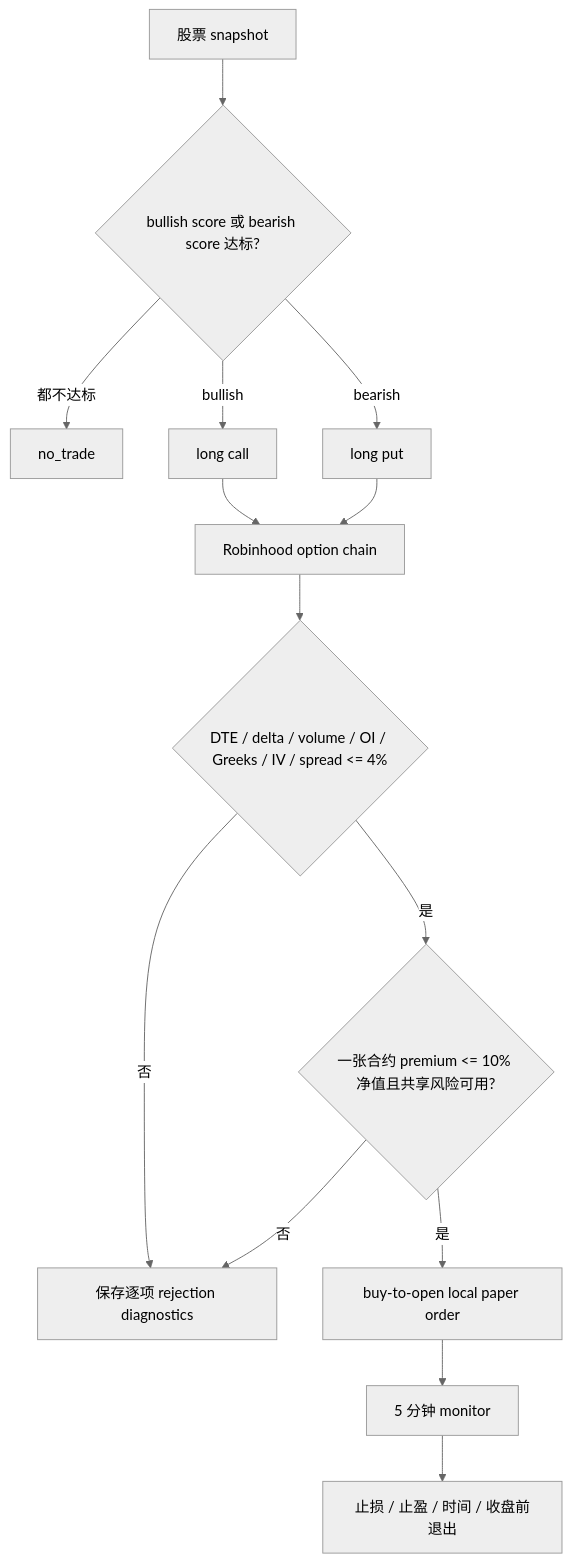
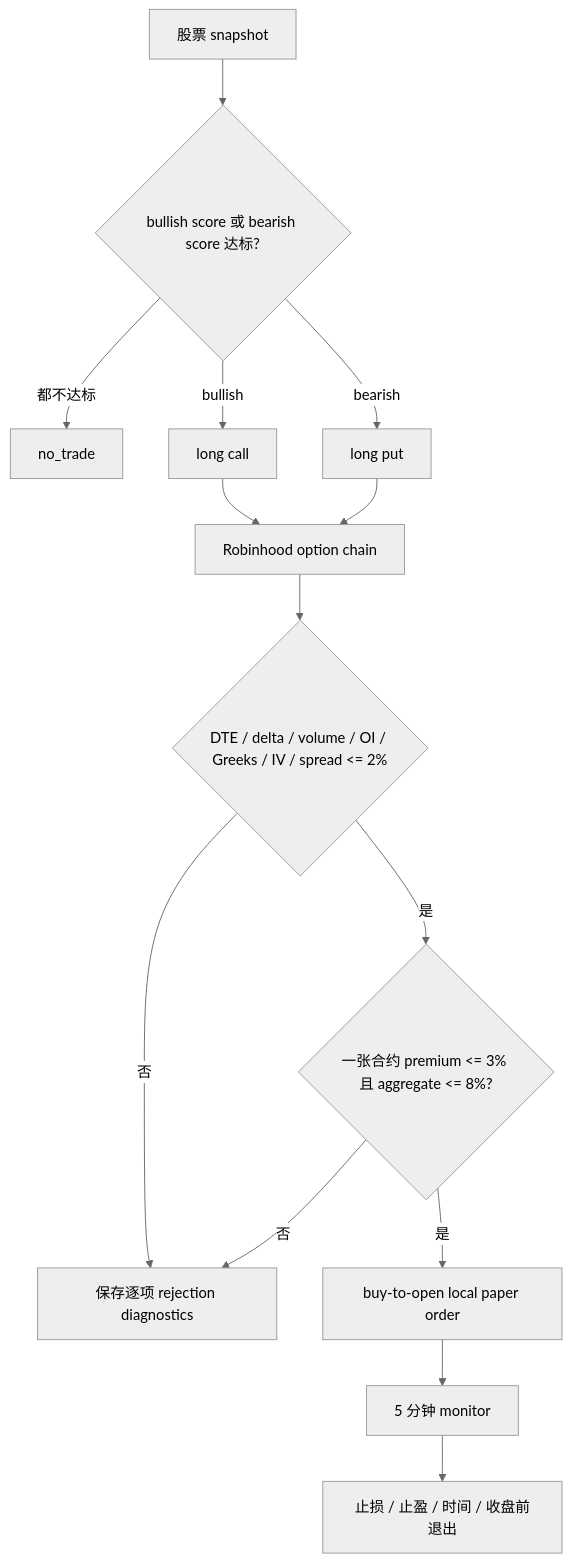
The fifth of 9 diagrams in PROJECT_ARCHITECTURE.md (CNDaniel02/vibe_trading), drawn with Mermaid (neutral theme) before and after one commit. The commit also changed other lines of this file and 11 other files, not shown here.

````diff
--- a/PROJECT_ARCHITECTURE.md
+++ b/PROJECT_ARCHITECTURE.md
@@ -264,15 +272,15 @@
 ```mermaid
 flowchart TD
     S["股票 snapshot"] --> D{"bullish score 或 bearish score 达标?"}
     D -- "都不达标" --> NT["no_trade"]
     D -- "bullish" --> C["long call"]
     D -- "bearish" --> P["long put"]
     C --> CH["Robinhood option chain"]
     P --> CH
-    CH --> F{"DTE / delta / volume / OI / Greeks / IV / spread <= 4%"}
+    CH --> F{"DTE / delta / volume / OI / Greeks / IV / spread <= 2%"}
     F -- "否" --> DG["保存逐项 rejection diagnostics"]
-    F -- "是" --> B{"一张合约 premium <= 10% 净值且共享风险可用?"}
+    F -- "是" --> B{"一张合约 premium <= 3% 且 aggregate <= 8%?"}
     B -- "否" --> DG
     B -- "是" --> O["buy-to-open local paper order"]
     O --> M["5 分钟 monitor"] --> E["止损 / 止盈 / 时间 / 收盘前退出"]
 ```
````
